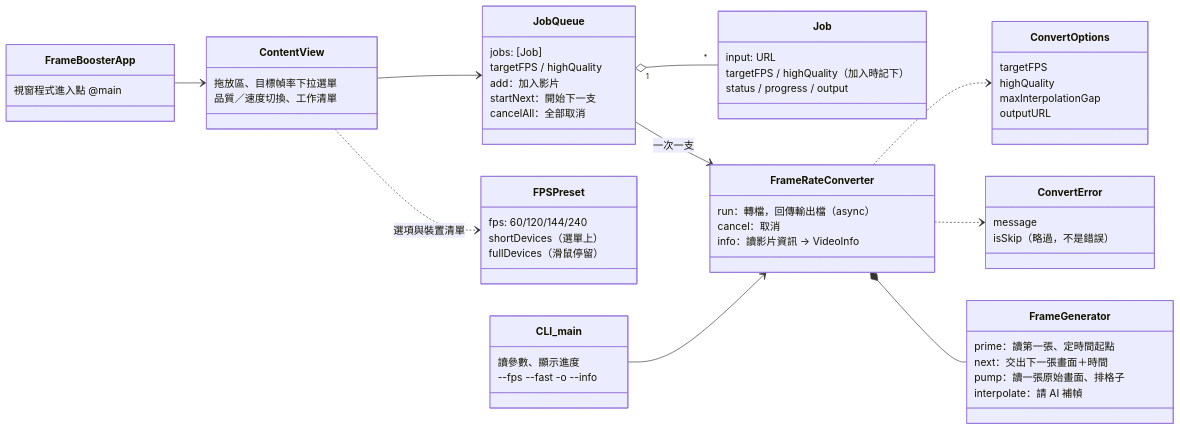
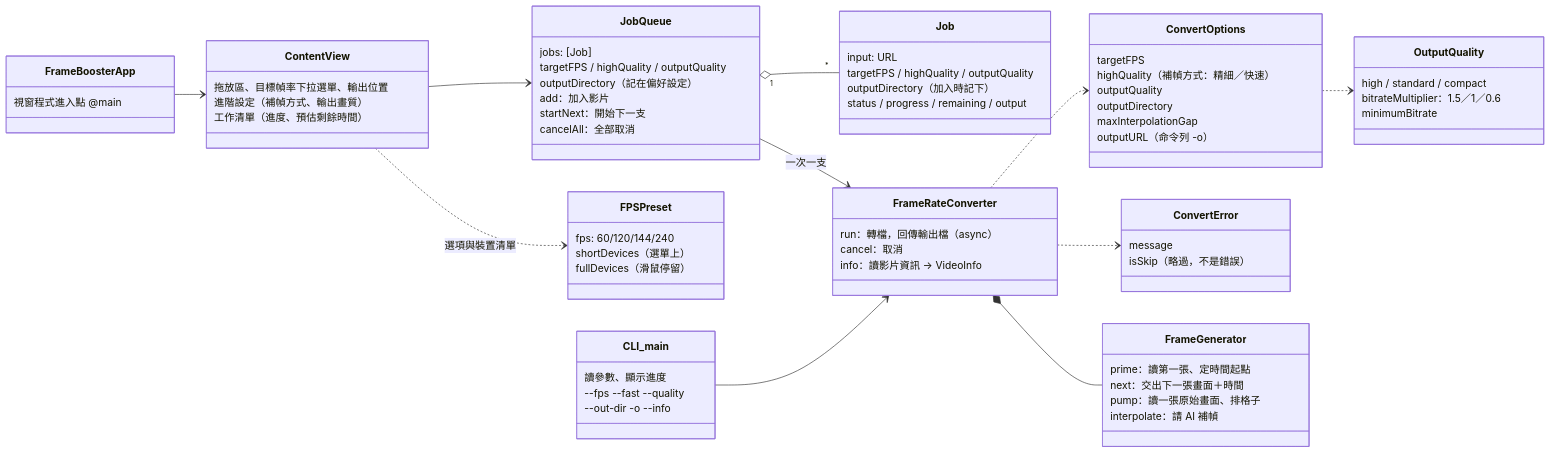
Before and after one commit to WebberningMoney/frame-booster: the second of 6 diagrams in docs/ARCHITECTURE.md, drawn with Mermaid. The commit also changed other lines of this file and 26 other files, not shown here.

First line of the commit message:
新增輸出位置、進階設定（補幀方式／輸出畫質）、預估剩餘時間；換新圖示

````diff
--- a/docs/ARCHITECTURE.md
+++ b/docs/ARCHITECTURE.md
@@ -69,62 +70,74 @@
 ```mermaid
 classDiagram
     direction LR
     class FrameBoosterApp {
         視窗程式進入點 @main
     }
     class ContentView {
-        拖放區、目標幀率下拉選單
-        品質／速度切換、工作清單
+        拖放區、目標幀率下拉選單、輸出位置
+        進階設定（補幀方式、輸出畫質）
+        工作清單（進度、預估剩餘時間）
     }
     class JobQueue {
         jobs: [Job]
-        targetFPS / highQuality
+        targetFPS / highQuality / outputQuality
+        outputDirectory（記在偏好設定）
         add：加入影片
         startNext：開始下一支
         cancelAll：全部取消
     }
     class Job {
         input: URL
-        targetFPS / highQuality（加入時記下）
-        status / progress / output
+        targetFPS / highQuality / outputQuality
+        outputDirectory（加入時記下）
+        status / progress / remaining / output
     }
     class FPSPreset {
         fps: 60/120/144/240
         shortDevices（選單上）
         fullDevices（滑鼠停留）
     }
     class CLI_main {
         讀參數、顯示進度
-        --fps --fast -o --info
+        --fps --fast --quality
+        --out-dir -o --info
     }
     class FrameRateConverter {
         run：轉檔，回傳輸出檔（async）
         cancel：取消
         info：讀影片資訊 → VideoInfo
     }
     class ConvertOptions {
         targetFPS
-        highQuality
+        highQuality（補幀方式：精細／快速）
+        outputQuality
+        outputDirectory
         maxInterpolationGap
-        outputURL
+        outputURL（命令列 -o）
+    }
+    class OutputQuality {
+        high / standard / compact
+        bitrateMultiplier：1.5／1／0.6
+        minimumBitrate
     }
     class ConvertError {
         message
         isSkip（略過，不是錯誤）
     }
     class FrameGenerator {
         prime：讀第一張、定時間起點
         next：交出下一張畫面＋時間
         pump：讀一張原始畫面、排格子
         interpolate：請 AI 補幀
     }
     FrameBoosterApp --> ContentView
     ContentView --> JobQueue
     ContentView ..> FPSPreset : 選項與裝置清單
     JobQueue "1" o-- "*" Job
     JobQueue --> FrameRateConverter : 一次一支
     CLI_main --> FrameRateConverter
     FrameRateConverter ..> ConvertOptions
+    ConvertOptions ..> OutputQuality
     FrameRateConverter ..> ConvertError
     FrameRateConverter *-- FrameGenerator
 ```
````
